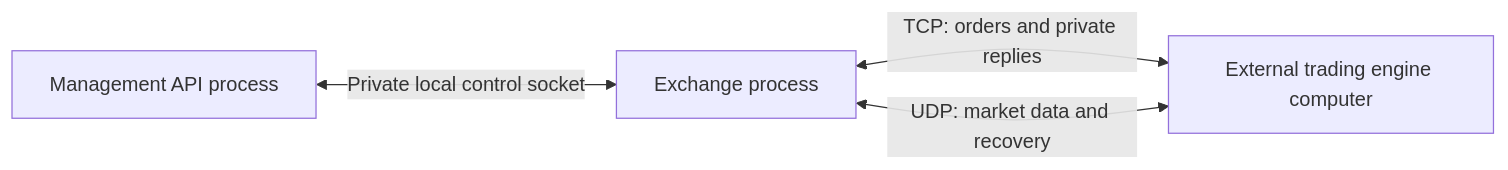
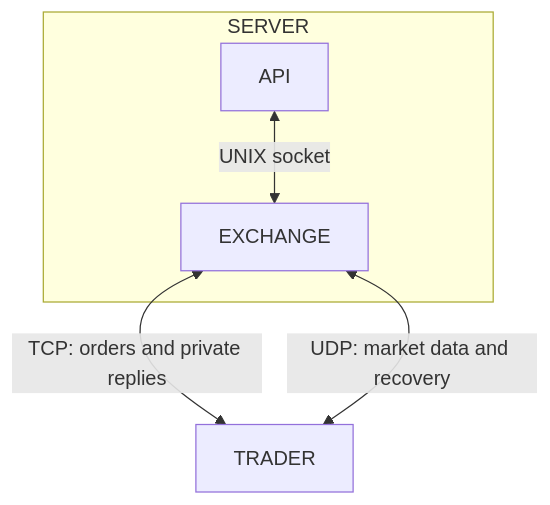
One commit to JediNakDev/exchange-sim changed the diagram in docs/architecture.md. Above: the diagram before and after it, drawn with Mermaid. The commit also changed other lines of this file and 3 other files, not shown here.

````diff
--- a/docs/architecture.md
+++ b/docs/architecture.md
@@ -9,6 +5,9 @@
 ```mermaid
-flowchart LR
-    API["Management API process"] <-->|"Private local control socket"| EXCHANGE["Exchange process"]
-    EXCHANGE <-->|"TCP: orders and private replies"| TRADER["External trading engine computer"]
-    EXCHANGE <-->|"UDP: market data and recovery"| TRADER
+flowchart TD
+  subgraph SERVER
+    API <-->|"UNIX socket"| EXCHANGE
+  end
+
+  EXCHANGE <-->|"TCP: orders and private replies"| TRADER
+  EXCHANGE <-->|"UDP: market data and recovery"| TRADER
 ```
````
